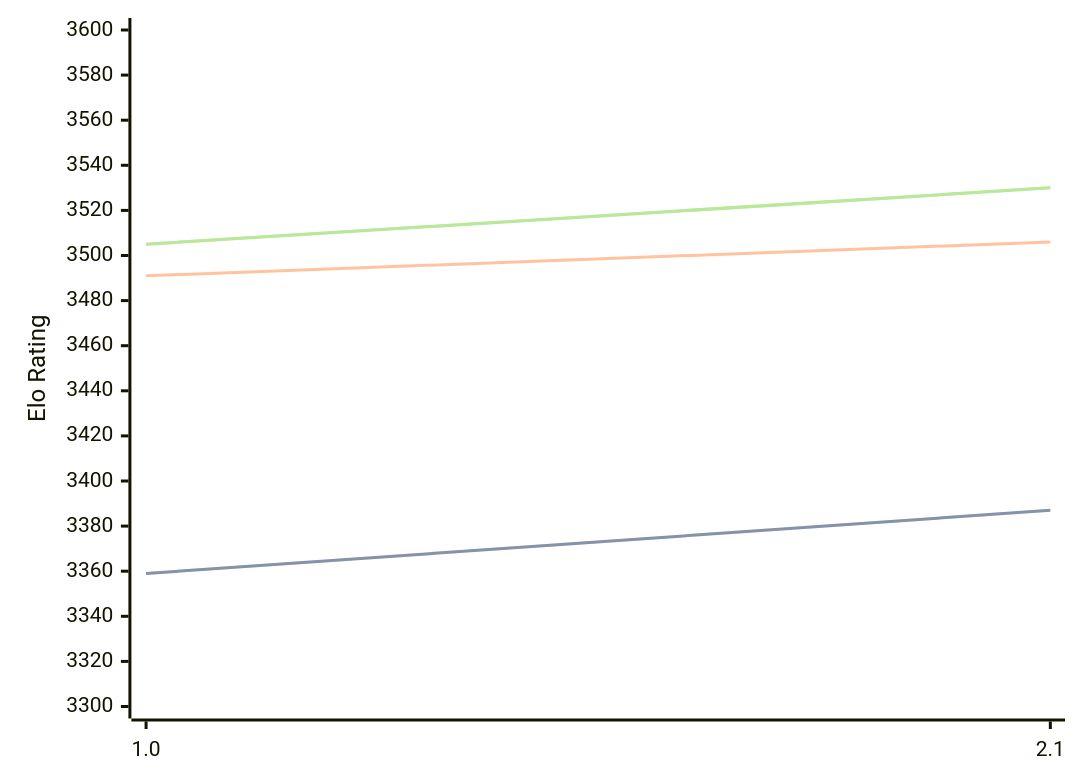
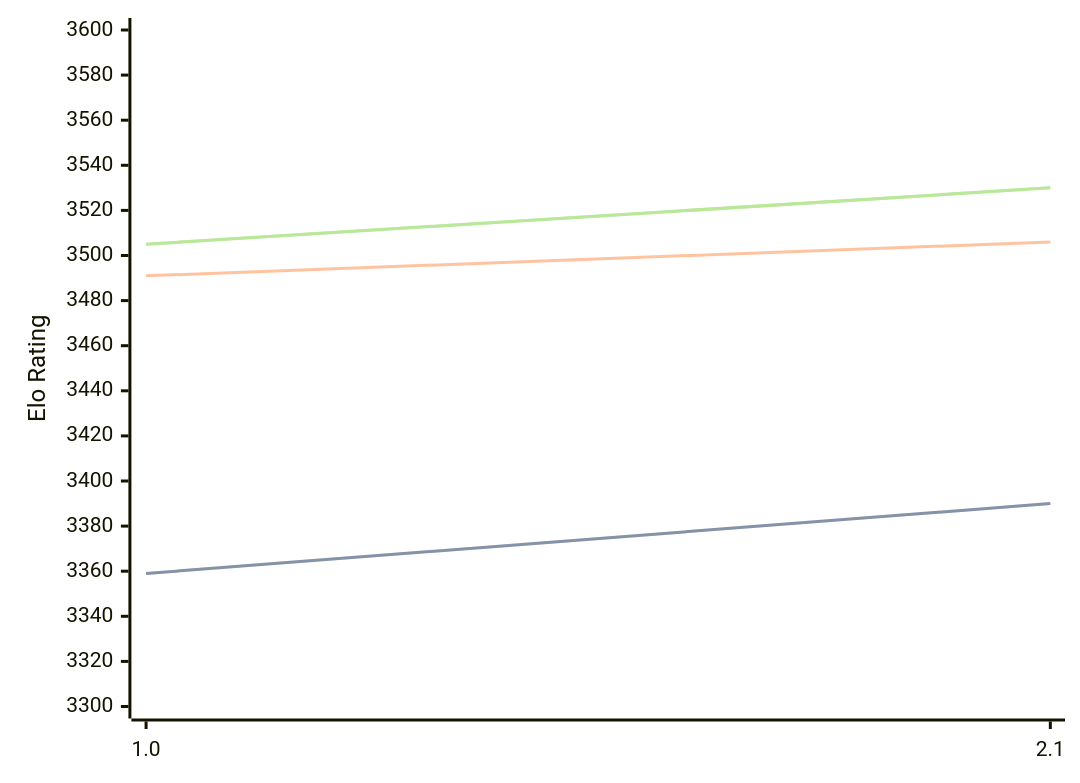
The third of 3 diagrams in engines/Hobbes.md (computer-chess-index/cci), drawn with Mermaid before and after one commit. The commit also changed other lines of this file, not shown here.

````diff
--- a/engines/Hobbes.md
+++ b/engines/Hobbes.md
@@ -66,11 +66,11 @@
 ```mermaid
 %%{init: {"theme":"base","themeVariables":{"seriesColors:['#a3a3a3','#222221','#faa371']}}}%%
 xychart-beta
   x-axis ["1.0", "2.1"]
   y-axis "Elo Rating" 3300 --> 3600
-  line "STC (8.0+0.08s)" [3359, 3387]
-  line "STC (8.0+0.08s)" [3359, 3387]
+  line "STC (8.0+0.08s)" [3359, 3390]
+  line "STC (8.0+0.08s)" [3359, 3390]
   line "LTC (60.0+0.60s)" [3491, 3506]
   line "VLTC (2m24s+1.12s)" [3505, 3530]
   line "VLTC (2m24s+1.12s)" [3505, 3530]
 ```
````
